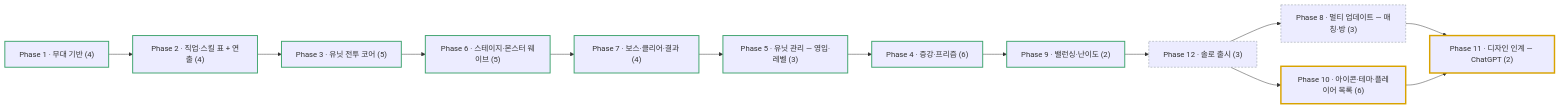
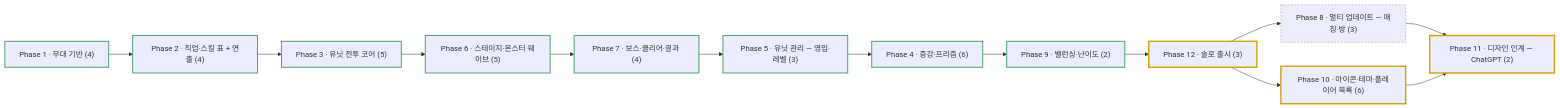
Before and after one commit to HaSungJe/msw: the diagram in .beaver/output/roadmap/maple-augment-defense-roadmap.md, drawn with Mermaid. The commit also changed other lines of this file and 7 other files, not shown here.

````diff
--- a/.beaver/output/roadmap/maple-augment-defense-roadmap.md
+++ b/.beaver/output/roadmap/maple-augment-defense-roadmap.md
@@ -21,18 +21,18 @@
 ```mermaid
 flowchart LR
   P1["Phase 1 · 무대 기반 (4)"]:::done --> P2["Phase 2 · 직업·스킬 표 + 연출 (4)"]:::done
   P2 --> P3["Phase 3 · 유닛 전투 코어 (5)"]:::done
   P3 --> P6["Phase 6 · 스테이지·몬스터 웨이브 (5)"]:::done
   P6 --> P7["Phase 7 · 보스·클리어·결과 (4)"]:::done
   P7 --> P5["Phase 5 · 유닛 관리 — 영입·레벨 (3)"]:::done
   P5 --> P4["Phase 4 · 증강·프리즘 (6)"]:::done
   P4 --> P9["Phase 9 · 밸런싱·난이도 (2)"]:::done
-  P9 --> P12["Phase 12 · 솔로 출시 (3)"]:::todo
+  P9 --> P12["Phase 12 · 솔로 출시 (3)"]:::inprogress
   P12 --> P8["Phase 8 · 멀티 업데이트 — 매칭·방 (3)"]:::todo
   P12 --> P10["Phase 10 · 아이콘·테마·플레이어 목록 (6)"]:::inprogress
   P8 --> P11["Phase 11 · 디자인 인계 — ChatGPT (2)"]:::inprogress
   P10 --> P11
   classDef done stroke:#3fa46f,stroke-width:2px
   classDef inprogress stroke:#d9a300,stroke-width:3px
   classDef todo stroke:#8a949c,stroke-width:1px,stroke-dasharray:4 3
 ```
````
